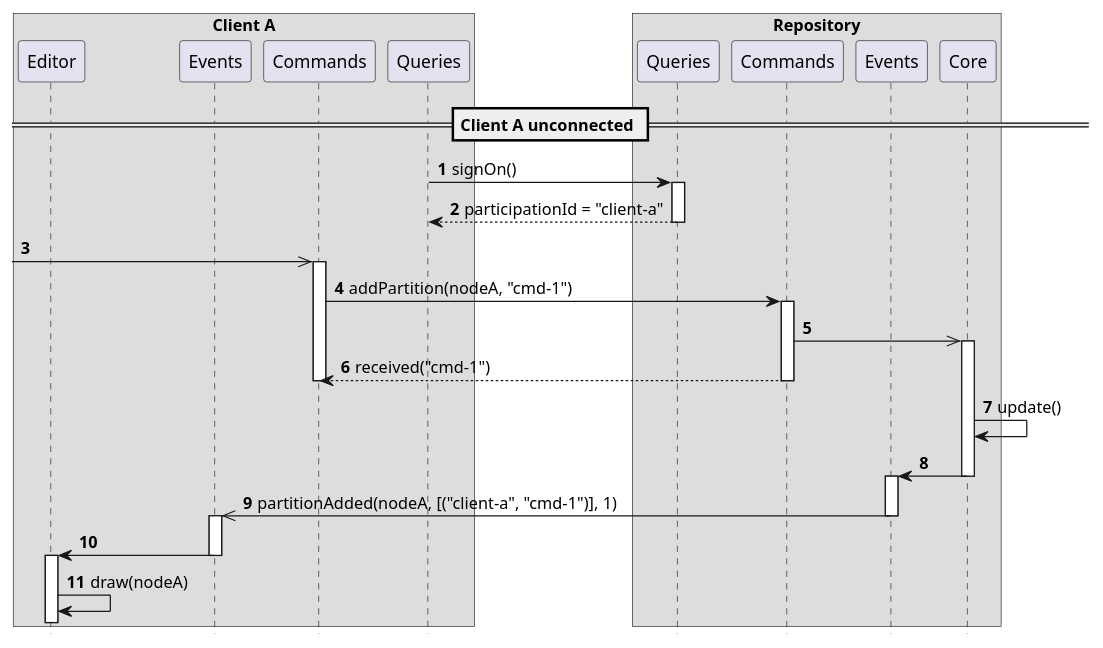
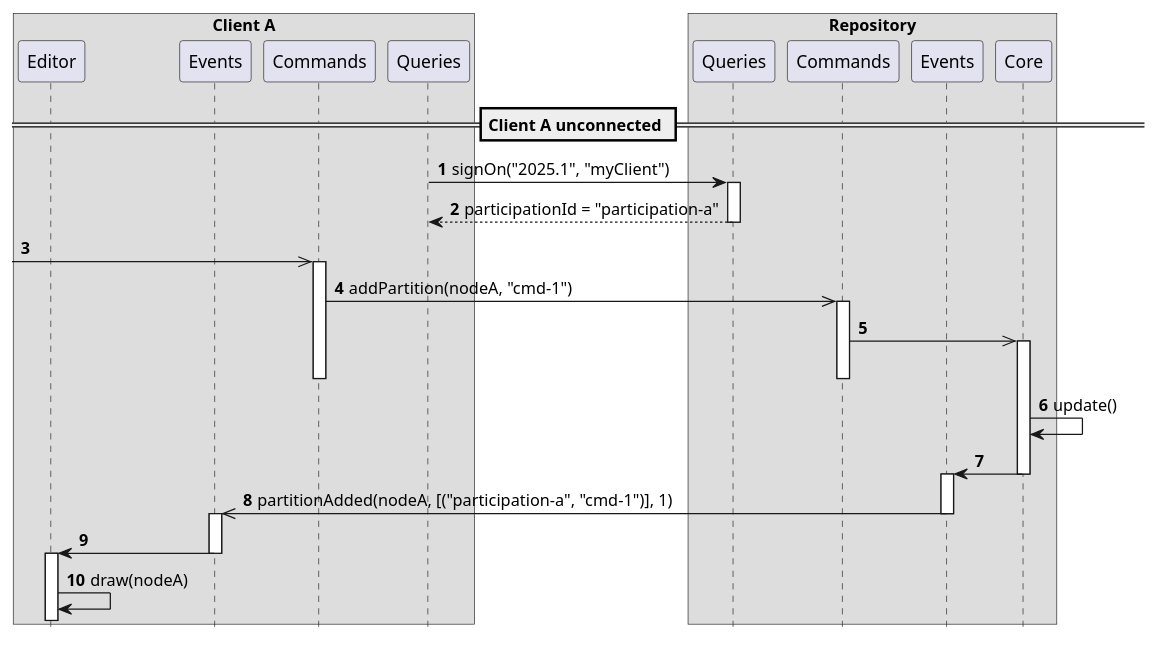
The diagram in delta/scenarios/virginRepo.adoc (LionWeb-io/specification), drawn with PlantUML before and after one commit. The commit also changed other lines of this file and 9 other files, not shown here.

```diff
--- a/delta/scenarios/virginRepo.adoc
+++ b/delta/scenarios/virginRepo.adoc
@@ -3,49 +3,48 @@
 [plantuml,virginRepo,svg]
 ----
 hide footbox
 autonumber
 
 box "Client A"
   participant Editor as editor
   participant Events as clientEvent
   participant Commands as clientCmd
   participant Queries as clientQuery
 end box
 
 box "Repository"
   participant Queries as repoQuery
   participant Commands as repoCmd
 '  participant Queries  as rQry
   participant Events as repoEvent
   participant Core as core
 end box
 
 == Client A unconnected ==
 
-clientQuery -> repoQuery ++: signOn()
-return participationId = "client-a"
+clientQuery -> repoQuery ++: signOn("2025.1", "myClient")
+return participationId = "participation-a"
 
 [->> clientCmd ++
-clientCmd -> repoCmd ++: addPartition(nodeA, "cmd-1")
+clientCmd ->> repoCmd ++: addPartition(nodeA, "cmd-1")
 repoCmd ->> core
 activate core
-clientCmd <-- repoCmd: received("cmd-1")
 deactivate clientCmd
 deactivate repoCmd
 
 core -> core: update()
 
 core -> repoEvent
 deactivate core
 
 activate repoEvent
-clientEvent <<- repoEvent: partitionAdded(nodeA, [("client-a", "cmd-1")], 1)
+clientEvent <<- repoEvent: partitionAdded(nodeA, [("participation-a", "cmd-1")], 1)
 deactivate repoEvent
 
 activate clientEvent
 clientEvent -> editor
 deactivate clientEvent
 
 activate editor
 editor -> editor: draw(nodeA)
 ----
```
